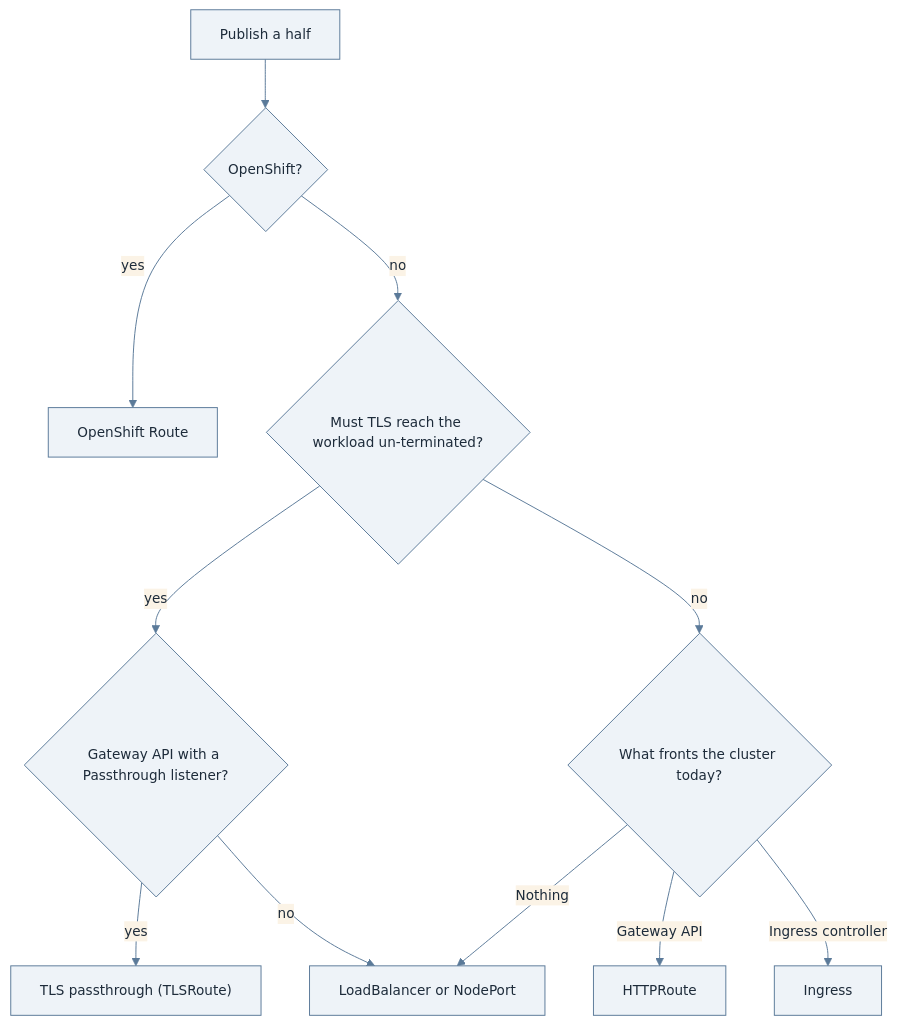
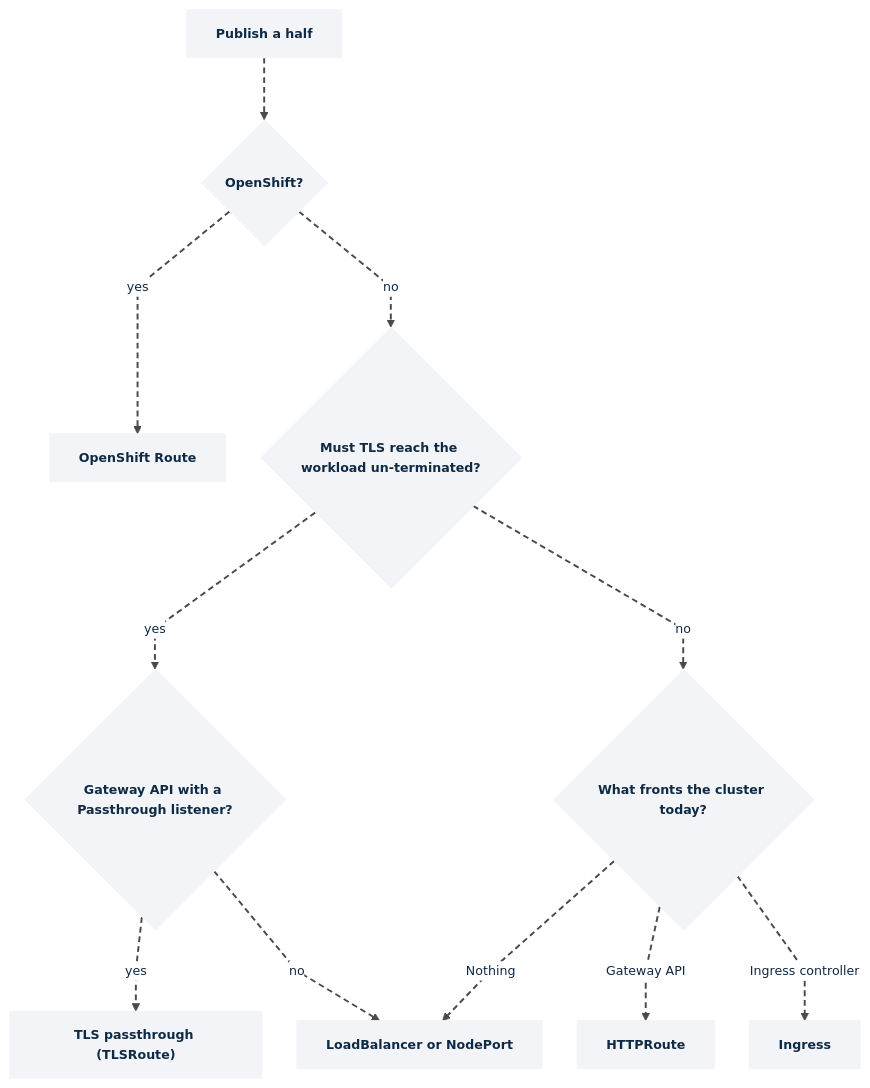
Before and after one commit to kasmtech/kasm-helm: the diagram in docs/how-to/networking/README.md, drawn with Mermaid. The commit also changed other lines of this file and 35 other files, not shown here.

First line of the commit message:
Kasm diagram theme, and the operator and agent fixes verified against the dev builds

````diff
--- a/docs/how-to/networking/README.md
+++ b/docs/how-to/networking/README.md
@@ -13,14 +13,26 @@
 ```mermaid
-%%{init: {"theme":"base","themeVariables":{"primaryColor":"#eef3f8","primaryBorderColor":"#5b7a99","primaryTextColor":"#1d2b3a","secondaryColor":"#fbf3e6","secondaryBorderColor":"#b8863b","tertiaryColor":"#eaf5ec","tertiaryBorderColor":"#4f8a5b","lineColor":"#5b7a99","fontFamily":"Inter, Helvetica, Arial, sans-serif","fontSize":"14px"},"flowchart":{"curve":"basis","htmlLabels":true}}}%%
+%%{init: {"theme":"base","themeVariables":{"background":"#ffffff","primaryColor":"#f2f4f7","primaryBorderColor":"#f2f4f7","primaryTextColor":"#0f2a44","lineColor":"#0f2a44","clusterBkg":"#ffffff","clusterBorder":"#4a4a4a","edgeLabelBackground":"#ffffff","fontFamily":"Montserrat, Helvetica, Arial, sans-serif","fontSize":"13px"},"flowchart":{"curve":"linear","htmlLabels":true,"nodeSpacing":36,"rankSpacing":64}}}%%
 flowchart TB
-    A["Publish a half"] --> B{"OpenShift?"}
-    B -- yes --> R["OpenShift Route"]
-    B -- no --> C{"Must TLS reach the workload un-terminated?"}
-    C -- yes --> D{"Gateway API with a Passthrough listener?"}
-    D -- yes --> GW["TLS passthrough (TLSRoute)"]
-    D -- no --> SVC["LoadBalancer or NodePort"]
-    C -- no --> E{"What fronts the cluster today?"}
-    E -- "Gateway API" --> HR["HTTPRoute"]
-    E -- "Ingress controller" --> IN["Ingress"]
-    E -- Nothing --> SVC
+  A["Publish a half"]:::card
+  B{"OpenShift?"}:::card
+  R["OpenShift Route"]:::card
+  C{"Must TLS reach the workload un-terminated?"}:::card
+  D{"Gateway API with a Passthrough listener?"}:::card
+  GW["TLS passthrough (TLSRoute)"]:::card
+  SVC["LoadBalancer or NodePort"]:::card
+  E{"What fronts the cluster today?"}:::card
+  HR["HTTPRoute"]:::card
+  IN["Ingress"]:::card
+  A --> B
+  B -- yes --> R
+  B -- no --> C
+  C -- yes --> D
+  D -- yes --> GW
+  D -- no --> SVC
+  C -- no --> E
+  E -- "Gateway API" --> HR
+  E -- "Ingress controller" --> IN
+  E -- Nothing --> SVC
+  classDef card fill:#f2f4f7,stroke:#f2f4f7,color:#0f2a44,font-weight:600
+  linkStyle 0,1,2,3,4,5,6,7,8,9 stroke:#4a4a4a,stroke-width:2px,stroke-dasharray:6 4
 ```
````
